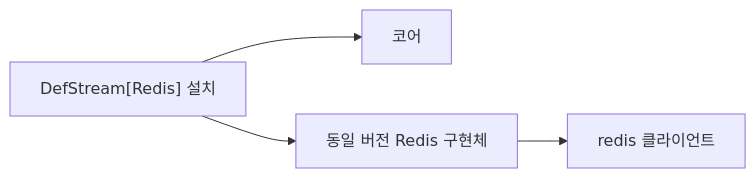
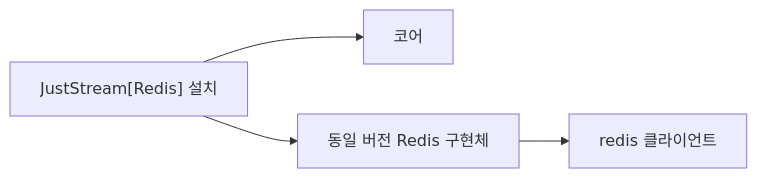
The diagram in docs/Packaging.md (yong5eon/JustStream), drawn with Mermaid before and after one commit. The commit also changed other lines of this file and 101 other files, not shown here.

First line of the commit message:
DefStream 이름을 JustStream으로 변경

````diff
--- a/docs/Packaging.md
+++ b/docs/Packaging.md
@@ -11,6 +11,6 @@
 ```mermaid
 flowchart LR
-  A["DefStream[Redis] 설치"] --> B["코어"]
+  A["JustStream[Redis] 설치"] --> B["코어"]
   A --> C["동일 버전 Redis 구현체"]
   C --> D["redis 클라이언트"]
 ```
````
